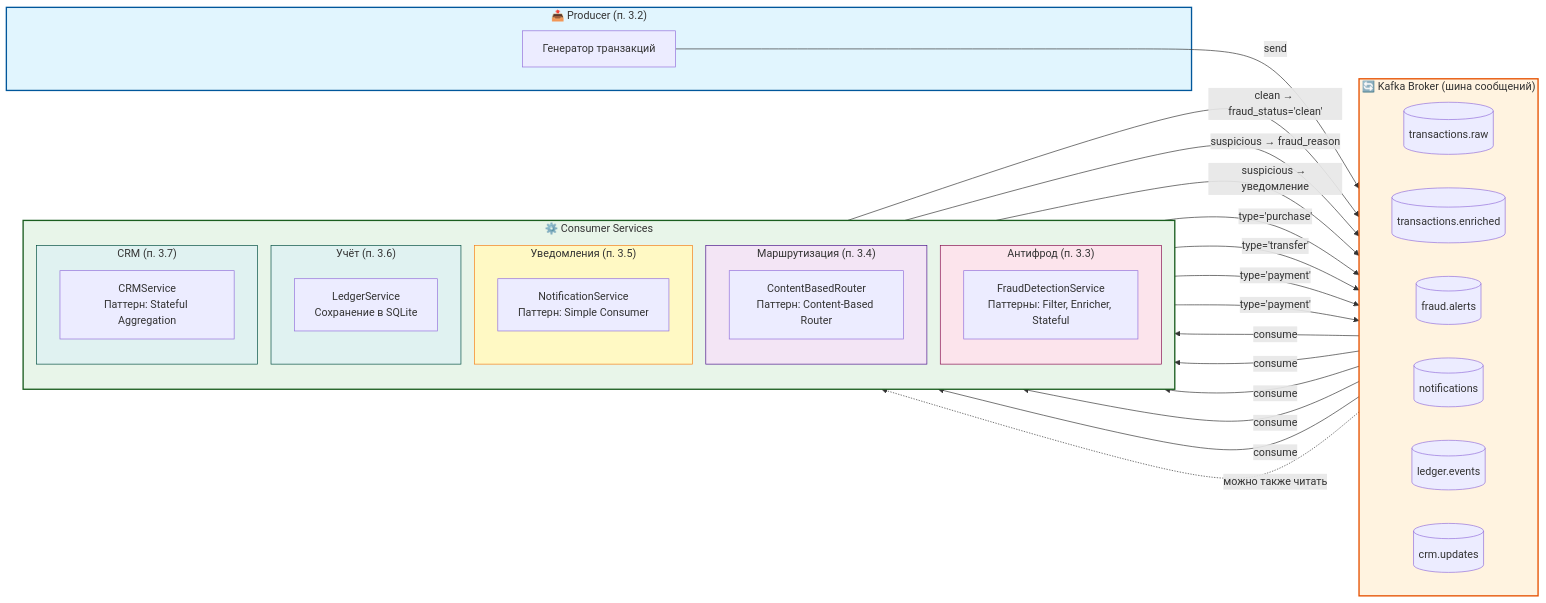
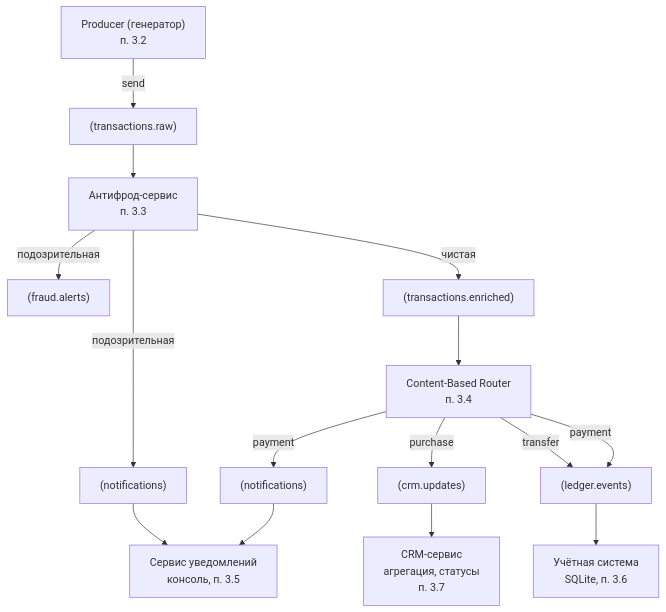
One commit to Krasavina-Anna/HW_4_IT-Architecture changed the diagram in Architecture.md. Above: the diagram before and after it, drawn with Mermaid.

````diff
--- a/Architecture.md
+++ b/Architecture.md
@@ -1,76 +1,22 @@
 ```mermaid
-flowchart LR
-    subgraph Producer["📤 Producer (п. 3.2)"]
-        Gen[Генератор транзакций]
-    end
+flowchart TD
+    Producer["Producer (генератор)<br/>п. 3.2"] -->|send| Raw["(transactions.raw)"]
 
-    subgraph Kafka["🔄 Kafka Broker (шина сообщений)"]
-        direction LR
-        Raw[(transactions.raw)]
-        Enriched[(transactions.enriched)]
-        FraudAlerts[(fraud.alerts)]
-        Notifications[(notifications)]
-        Ledger[(ledger.events)]
-        CRM[(crm.updates)]
-    end
+    Raw --> Fraud["Антифрод-сервис<br/>п. 3.3"]
 
-    subgraph Consumers["⚙️ Consumer Services"]
-        direction TB
-        
-        subgraph FraudGroup["Антифрод (п. 3.3)"]
-            Fraud[FraudDetectionService<br/>Паттерны: Filter, Enricher, Stateful]
-        end
-        
-        subgraph RouterGroup["Маршрутизация (п. 3.4)"]
-            Router[ContentBasedRouter<br/>Паттерн: Content-Based Router]
-        end
-        
-        subgraph NotifyGroup["Уведомления (п. 3.5)"]
-            Notify[NotificationService<br/>Паттерн: Simple Consumer]
-        end
-        
-        subgraph LedgerGroup["Учёт (п. 3.6)"]
-            LedgerService[LedgerService<br/>Сохранение в SQLite]
-        end
-        
-        subgraph CRMGroup["CRM (п. 3.7)"]
-            CRMService[CRMService<br/>Паттерн: Stateful Aggregation]
-        end
-    end
+    Fraud -->|"подозрительная"| FraudAlerts["(fraud.alerts)"]
+    Fraud -->|"подозрительная"| Notif1["(notifications)"]
+    Fraud -->|"чистая"| Enriched["(transactions.enriched)"]
 
-    %% Producer → Kafka
-    Gen -->|send| Raw
+    Enriched --> Router["Content-Based Router<br/>п. 3.4"]
 
-    %% Kafka → Fraud (consumer)
-    Raw -->|consume| Fraud
-    
-    %% Fraud → Kafka (producer)
-    Fraud -->|"clean → fraud_status='clean'"| Enriched
-    Fraud -->|"suspicious → fraud_reason"| FraudAlerts
-    Fraud -->|"suspicious → уведомление"| Notifications
+    Router -->|"purchase"| CRM_topic["(crm.updates)"]
+    Router -->|"transfer"| Ledger_topic["(ledger.events)"]
+    Router -->|"payment"| Ledger_topic
+    Router -->|"payment"| Notif2["(notifications)"]
 
-    %% Enriched → Router
-    Enriched -->|consume| Router
-
-    %% Router → Kafka (producer)
-    Router -->|"type='purchase'"| CRM
-    Router -->|"type='transfer'"| Ledger
-    Router -->|"type='payment'"| Ledger
-    Router -->|"type='payment'"| Notifications
-
-    %% Kafka → final consumers
-    CRM -->|consume| CRMService
-    Ledger -->|consume| LedgerService
-    Notifications -->|consume| Notify
-    FraudAlerts -.->|"можно также читать"| Notify
-
-    %% Стилизация
-    style Producer fill:#e1f5fe,stroke:#01579b,stroke-width:2px
-    style Kafka fill:#fff3e0,stroke:#e65100,stroke-width:2px
-    style Consumers fill:#e8f5e9,stroke:#1b5e20,stroke-width:2px
-    style FraudGroup fill:#fce4ec,stroke:#880e4f
-    style RouterGroup fill:#f3e5f5,stroke:#4a148c
-    style NotifyGroup fill:#fff9c4,stroke:#f57f17
-    style LedgerGroup fill:#e0f2f1,stroke:#004d40
-    style CRMGroup fill:#e0f2f1,stroke:#004d40
+    CRM_topic --> CRM_Service["CRM-сервис<br/>агрегация, статусы<br/>п. 3.7"]
+    Ledger_topic --> Ledger_Service["Учётная система<br/>SQLite, п. 3.6"]
+    Notif1 --> Notify_Service["Сервис уведомлений<br/>консоль, п. 3.5"]
+    Notif2 --> Notify_Service
 ```
````
